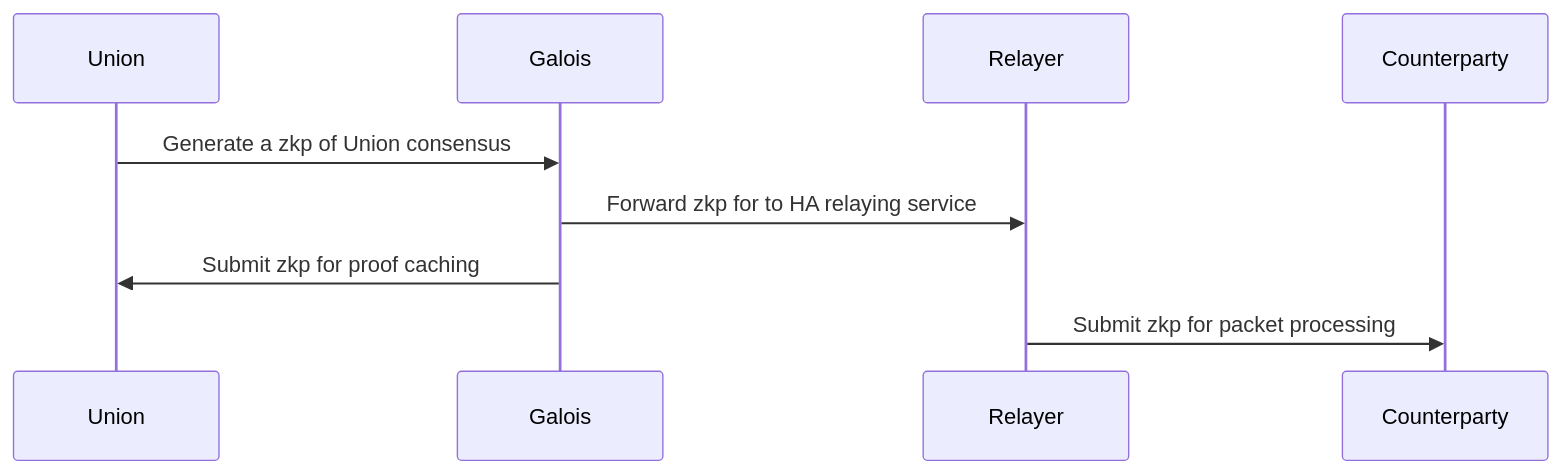
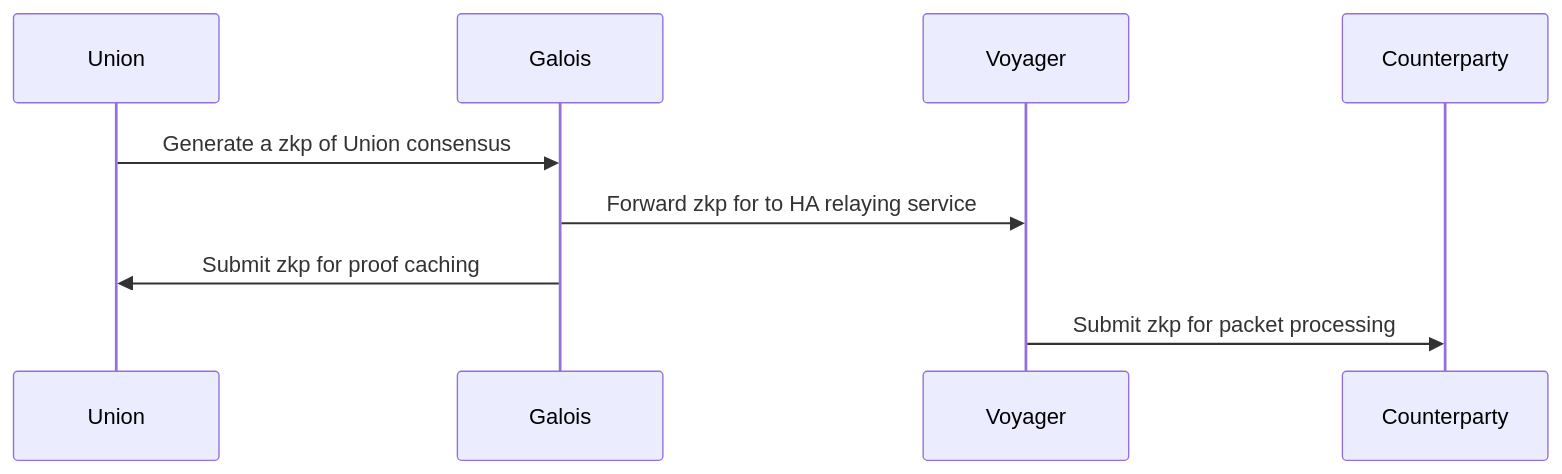
One commit to unionlabs/union changed the diagram in docs/docs/02_architecture/galois.md. Above: the diagram before and after it, drawn with Mermaid. The commit also changed 24 other files, not shown here.

Commit message:
feat!: rename relayer to voyager

````diff
--- a/docs/docs/02_architecture/galois.md
+++ b/docs/docs/02_architecture/galois.md
@@ -17,7 +17,7 @@
 ```mermaid
 sequenceDiagram
     Union->>Galois: Generate a zkp of Union consensus
-    Galois->>Relayer: Forward zkp for to HA relaying service
+    Galois->>Voyager: Forward zkp for to HA relaying service
     Galois->>Union: Submit zkp for proof caching
-    Relayer->>Counterparty: Submit zkp for packet processing
+    Voyager->>Counterparty: Submit zkp for packet processing
 ```
````
